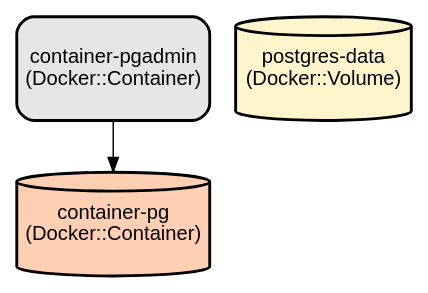
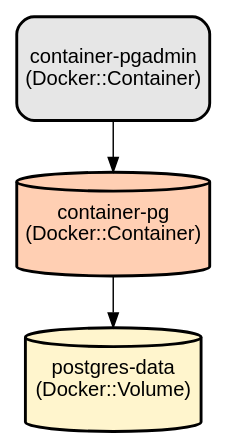
The diagram in docs/infra.dot (alejandrogavilanes/postgres-container-run), drawn with Graphviz before and after one commit. The commit also changed 3 other files, not shown here.

```diff
--- a/docs/infra.dot
+++ b/docs/infra.dot
@@ -1,10 +1,11 @@
 digraph INFRA {
   node [ color = "black", fillcolor = "#E6E6E6", height =1, style = "filled,bold,rounded", fontname = "Arial" ];
   "container-pg" [ label = "container-pg
 (Docker::Container)", shape =cylinder, fillcolor = "#FFCFB3" ];
   "container-pgadmin" [ label = "container-pgadmin
 (Docker::Container)", shape =rectangle ];
   "postgres-data" [ label = "postgres-data
 (Docker::Volume)", shape =cylinder, fillcolor = "#FFF5CD" ];
+  "container-pg" -> "postgres-data";
   "container-pgadmin" -> "container-pg";
 }
```
